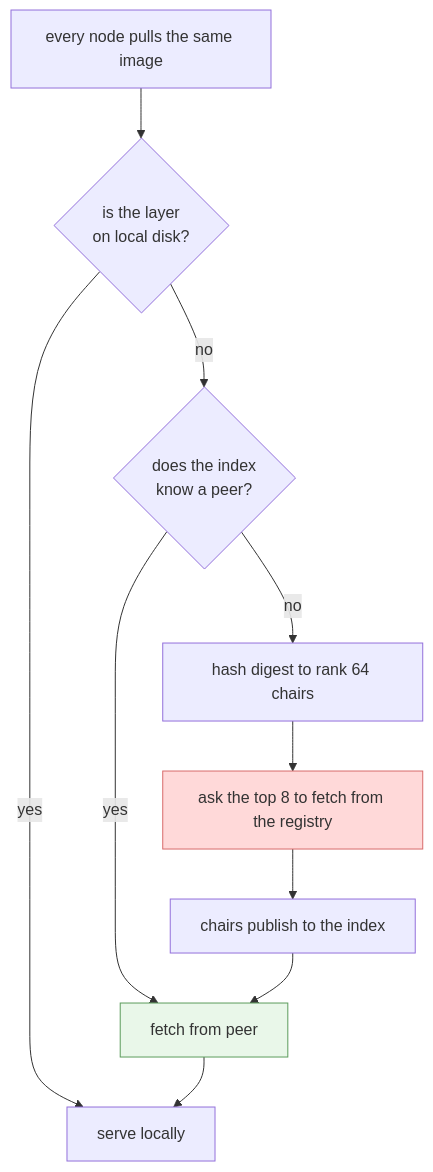
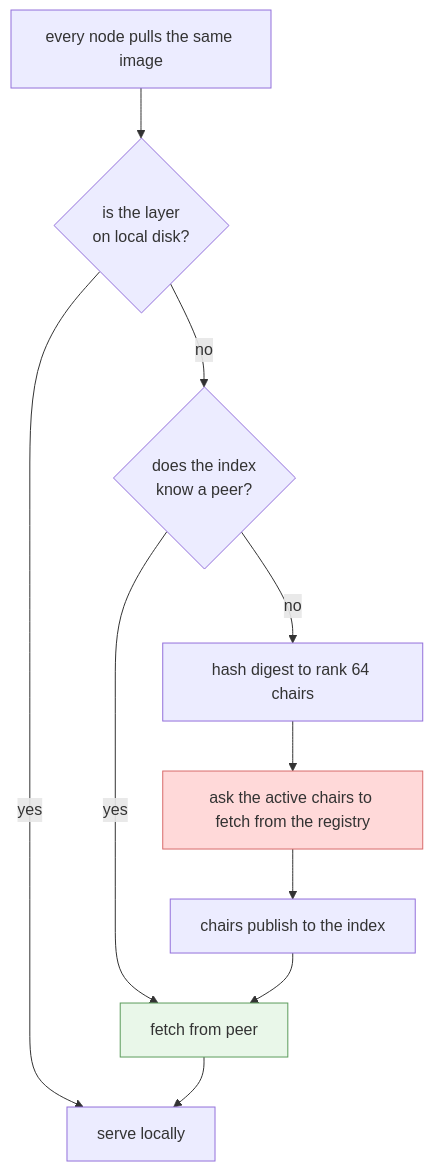
Before and after one commit to Azure/unbounded: the ninth of 9 diagrams in designs/gantry-cold-pull-explained.md, drawn with Mermaid. The commit also changed other lines of this file and 19 other files, not shown here.

````diff
--- a/designs/gantry-cold-pull-explained.md
+++ b/designs/gantry-cold-pull-explained.md
@@ -346,15 +353,15 @@
 ```mermaid
 flowchart TB
     A["every node pulls the same image"] --> B{"is the layer<br/>on local disk?"}
     B -->|yes| Z["serve locally"]
     B -->|no| C{"does the index<br/>know a peer?"}
     C -->|yes| D["fetch from peer"]
     C -->|no| E["hash digest to rank 64 chairs"]
-    E --> F["ask the top 8 to fetch from the registry"]
+    E --> F["ask the active chairs to fetch from the registry"]
     F --> G["chairs publish to the index"]
     G --> D
     D --> Z
 
     style F fill:#ffd9d9,stroke:#d86b6b
     style D fill:#e9f7e9,stroke:#5c9c5c
 ```
````
